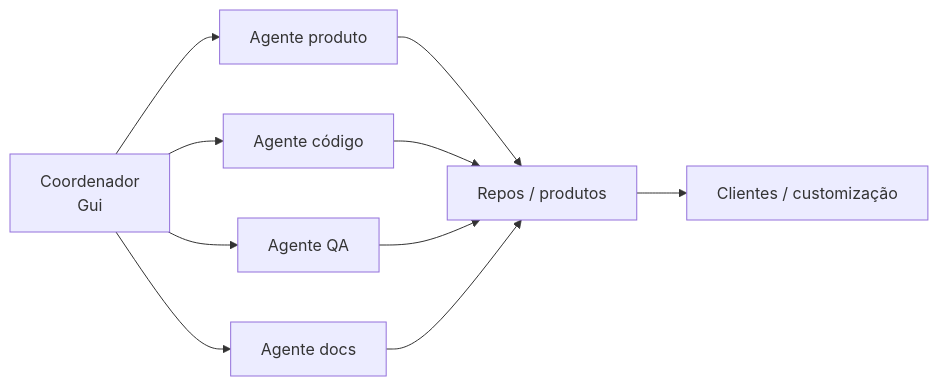
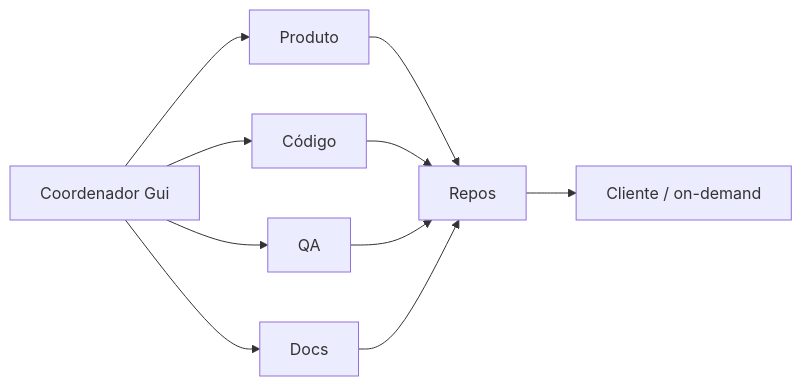
Before and after one commit to lughlammas/lughlammas: the diagram in README.md, drawn with Mermaid. The commit also changed other lines of this file, not shown here.

Commit message:
feat: open-for-work on-demand this week + stack/SO

````diff
--- a/README.md
+++ b/README.md
@@ -14,12 +52,12 @@
 ```mermaid
 flowchart LR
-  C[Coordenador<br/>Gui] --> P[Agente produto]
-  C --> D[Agente código]
-  C --> Q[Agente QA]
-  C --> Doc[Agente docs]
-  P --> R[Repos / produtos]
+  C[Coordenador Gui] --> P[Produto]
+  C --> D[Código]
+  C --> Q[QA]
+  C --> Doc[Docs]
+  P --> R[Repos]
   D --> R
   Q --> R
   Doc --> R
-  R --> Cl[Clientes / customização]
+  R --> Cl[Cliente / on-demand]
 ```
````
